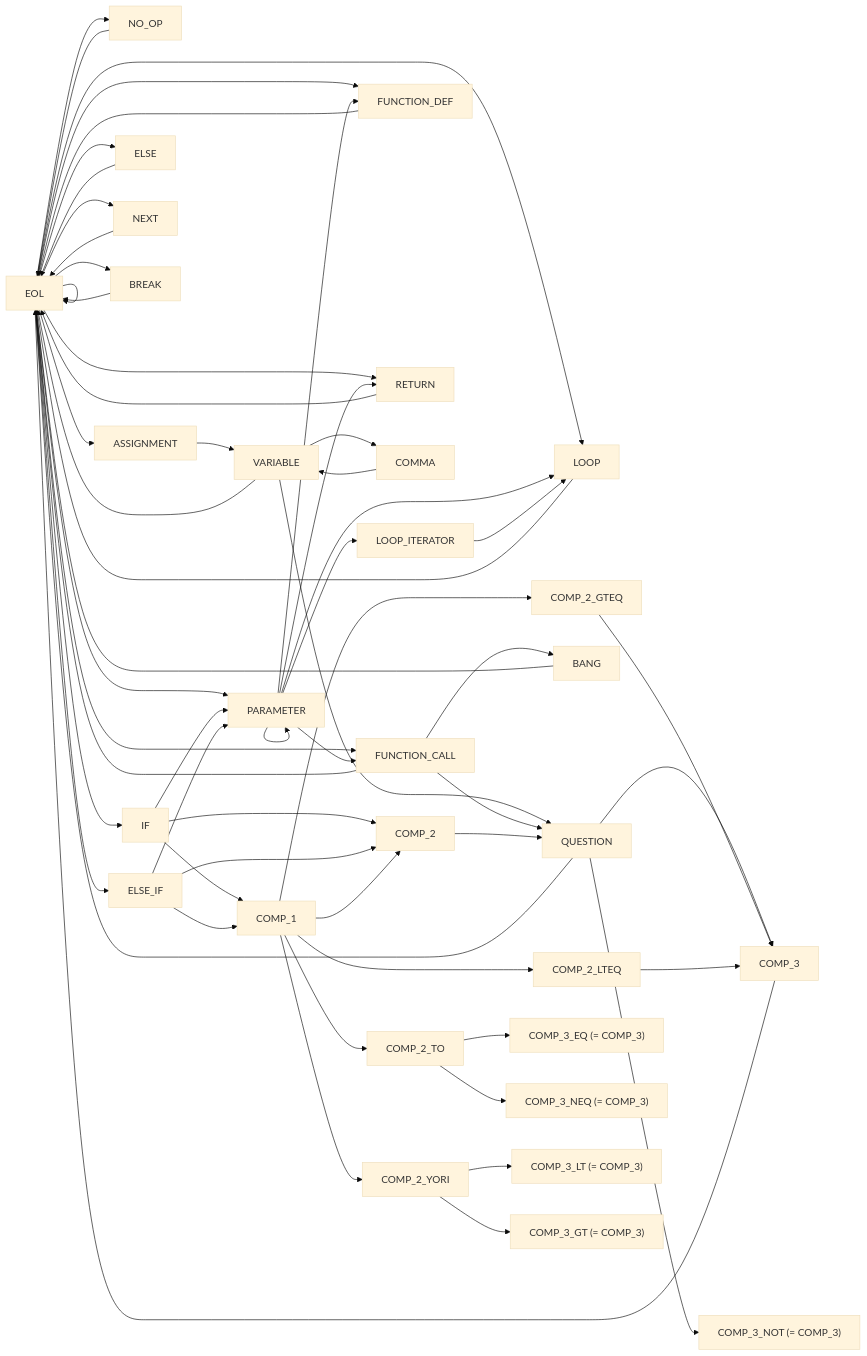
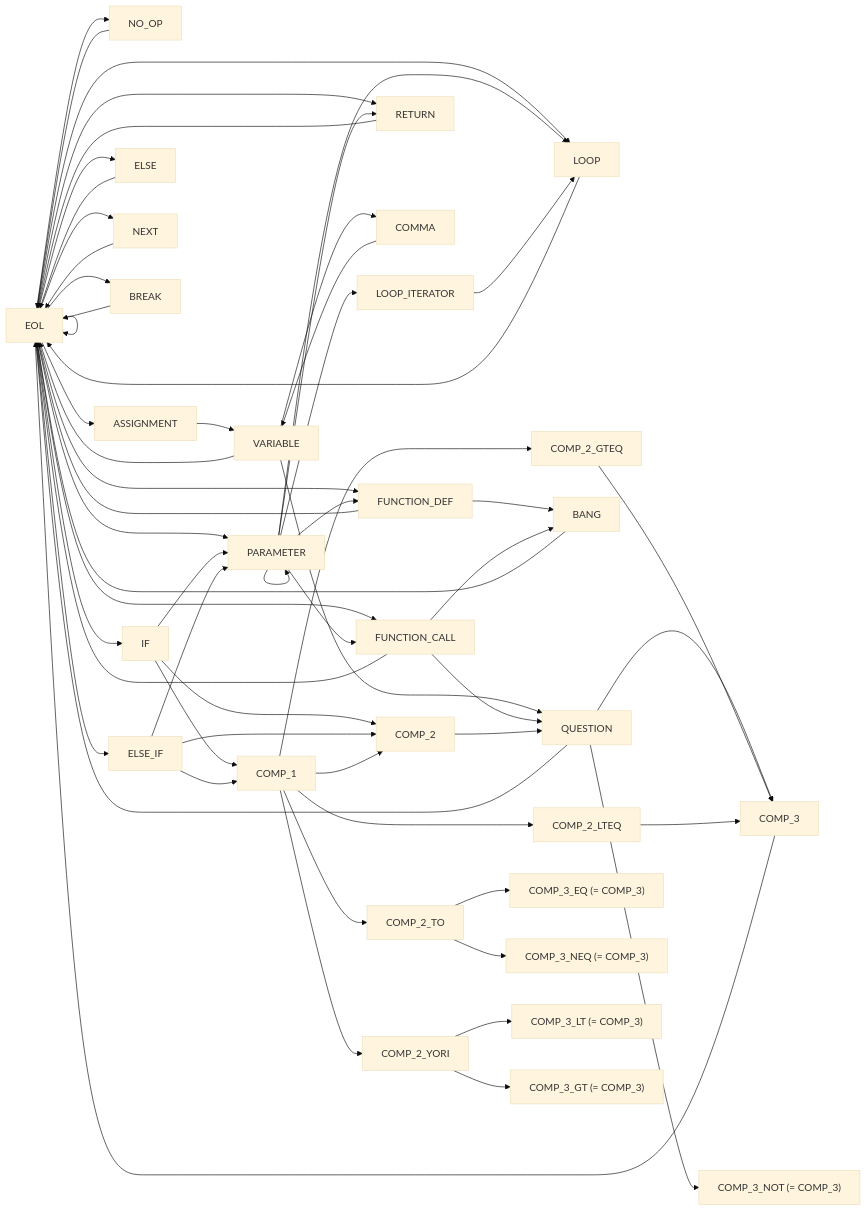
Before and after one commit to rewhowe/snapdragon: the diagram in documentation/nfsm.md, drawn with Mermaid (base theme). The commit also changed 2 other files, not shown here.

Commit message:
allow force overriding ambiguous conjugations

```diff
--- a/documentation/nfsm.md
+++ b/documentation/nfsm.md
@@ -32,6 +32,7 @@
   PARAMETER --> LOOP
 
   FUNCTION_DEF --> EOL
+  FUNCTION_DEF --> BANG
 
   FUNCTION_CALL --> EOL
   FUNCTION_CALL --> QUESTION
```
